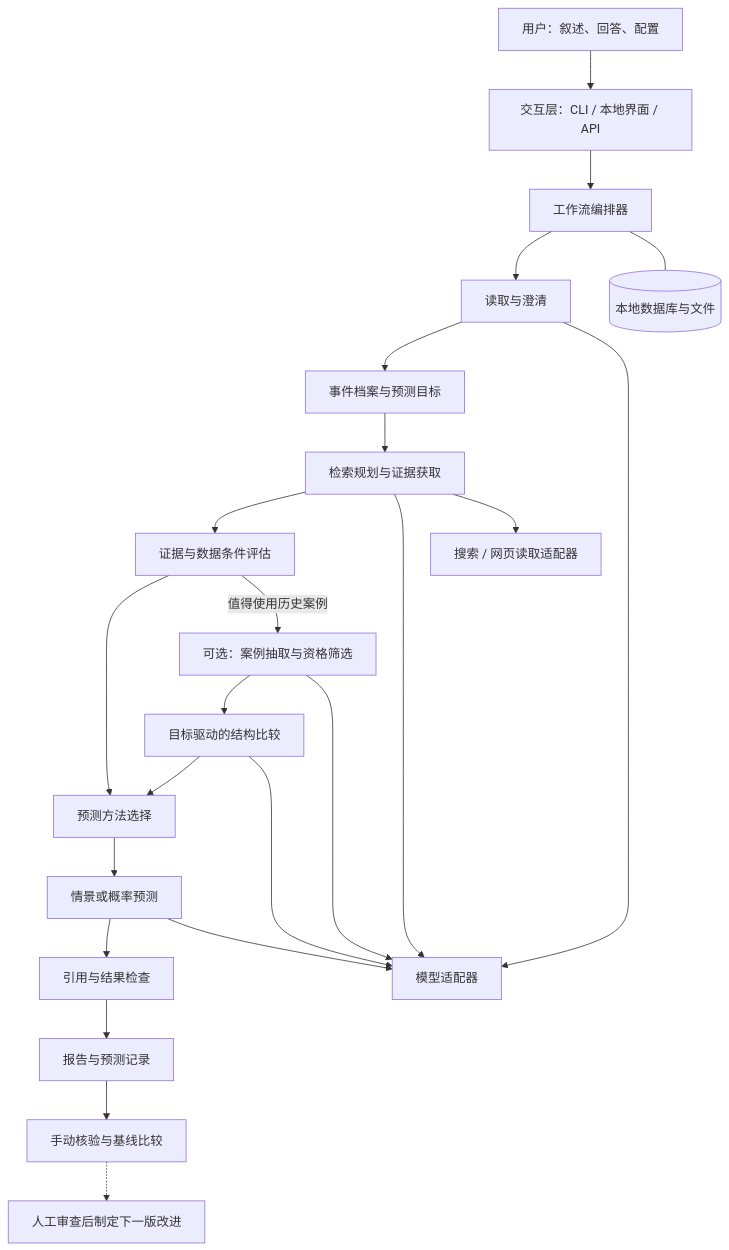
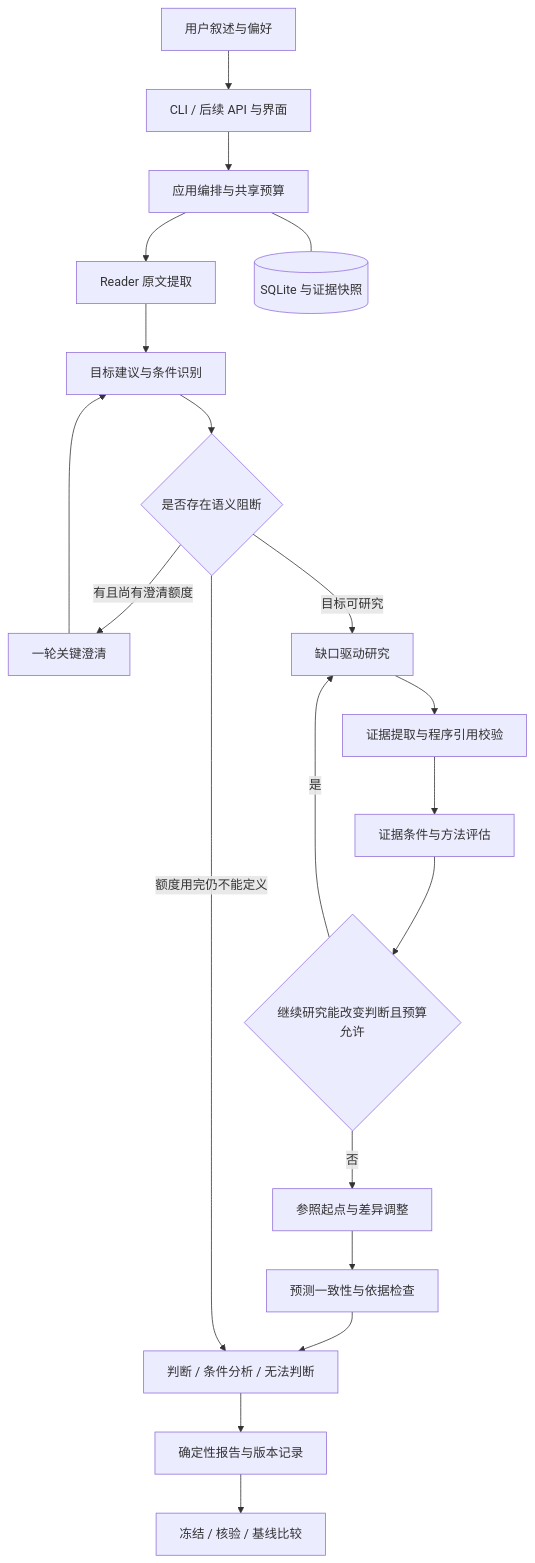
One commit to cuixinjie/future-agent changed the diagram in docs/02-架构文档.md. Above: the diagram before and after it, drawn with Mermaid. The commit also changed other lines of this file and 73 other files, not shown here.

````diff
--- a/docs/02-架构文档.md
+++ b/docs/02-架构文档.md
@@ -25,25 +19,22 @@
 ```mermaid
 flowchart TD
-    U[用户：叙述、回答、配置] --> I[交互层：CLI / 本地界面 / API]
-    I --> O[工作流编排器]
-    O --> R[读取与澄清]
-    R --> E[事件档案与预测目标]
-    E --> S[检索规划与证据获取]
-    S --> A[证据与数据条件评估]
-    A --> G[预测方法选择]
-    A -->|值得使用历史案例| C[可选：案例抽取与资格筛选]
-    C --> M[目标驱动的结构比较]
-    M --> G
-    G --> F[情景或概率预测]
-    F --> Q[引用与结果检查]
-    Q --> P[报告与预测记录]
-    P --> V[手动核验与基线比较]
-    V -.-> N[人工审查后制定下一版改进]
-    O --- D[(本地数据库与文件)]
-    R --> L[模型适配器]
-    S --> L
-    C --> L
-    M --> L
-    F --> L
-    S --> W[搜索 / 网页读取适配器]
+    U[用户叙述与偏好] --> I[CLI / 后续 API 与界面]
+    I --> O[应用编排与共享预算]
+    O --> R[Reader 原文提取]
+    R --> T[目标建议与条件识别]
+    T --> D{是否存在语义阻断}
+    D -->|有且尚有澄清额度| C[一轮关键澄清]
+    C --> T
+    D -->|目标可研究| S[缺口驱动研究]
+    S --> E[证据提取与程序引用校验]
+    E --> A[证据条件与方法评估]
+    A --> G{继续研究能改变判断且预算允许}
+    G -->|是| S
+    G -->|否| F[参照起点与差异调整]
+    F --> V[预测一致性与依据检查]
+    V --> P[判断 / 条件分析 / 无法判断]
+    D -->|额度用完仍不能定义| P
+    P --> B[确定性报告与版本记录]
+    B --> H[冻结 / 核验 / 基线比较]
+    O --- DB[(SQLite 与证据快照)]
 ```
````
